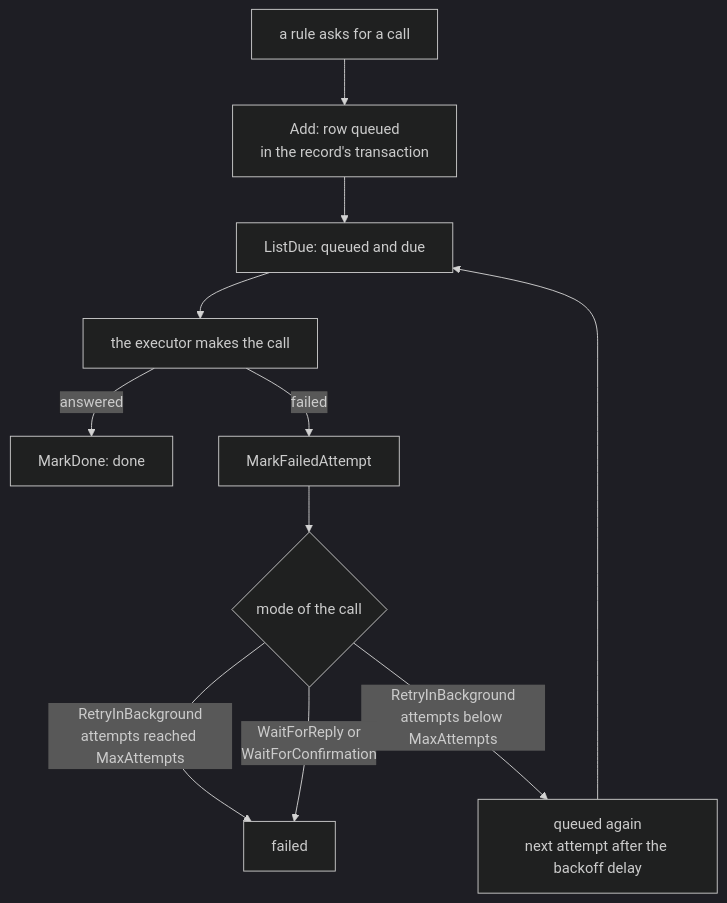
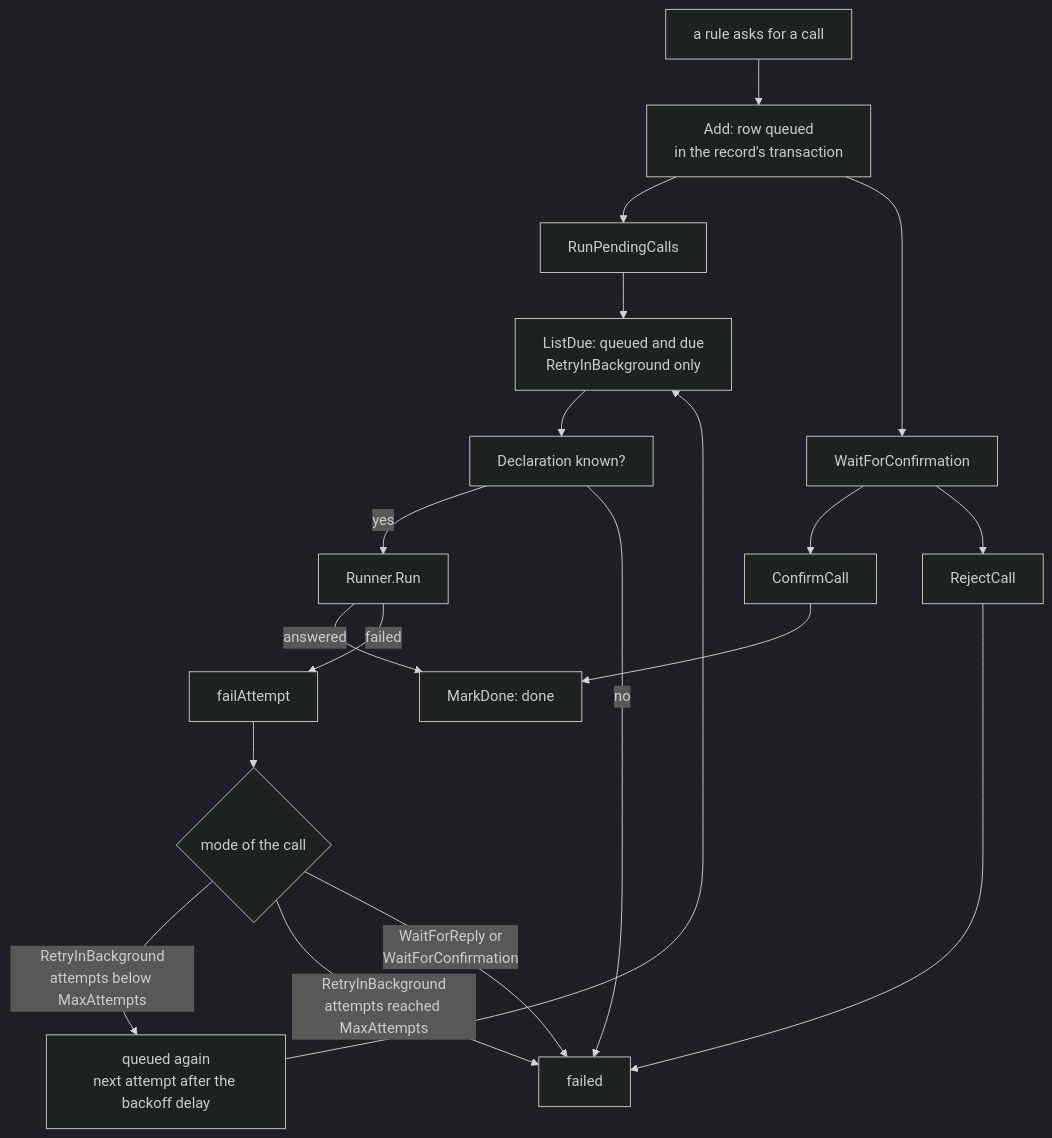
The diagram in docs/diagrams/CALL_LIFECYCLE.md (webtyp/externalcalls), drawn with Mermaid (dark theme) before and after one commit. The commit also changed other lines of this file and 13 other files, not shown here.

First line of the commit message:
feat!: externalcalls runs the calls that wait in the background

````diff
--- a/docs/diagrams/CALL_LIFECYCLE.md
+++ b/docs/diagrams/CALL_LIFECYCLE.md
@@ -5,13 +5,21 @@
 ```mermaid
 flowchart TD
     A[a rule asks for a call] --> B[Add: row queued<br/>in the record's transaction]
-    B --> C[ListDue: queued and due]
-    C --> D[the executor makes the call]
+    B --> RunPendingCalls
+    RunPendingCalls --> C[ListDue: queued and due<br/>RetryInBackground only]
+    C --> Declaration[Declaration known?]
+    Declaration -- yes --> D[Runner.Run]
+    Declaration -- no --> I[failed]
     D -- answered --> E[MarkDone: done]
-    D -- failed --> F[MarkFailedAttempt]
+    D -- failed --> F[failAttempt]
     F --> G{mode of the call}
     G -- RetryInBackground<br/>attempts below MaxAttempts --> H[queued again<br/>next attempt after the backoff delay]
-    G -- RetryInBackground<br/>attempts reached MaxAttempts --> I[failed]
+    G -- RetryInBackground<br/>attempts reached MaxAttempts --> I
     G -- WaitForReply or<br/>WaitForConfirmation --> I
     H --> C
+    B --> WaitForConfirmation
+    WaitForConfirmation --> Confirm[ConfirmCall]
+    Confirm --> E
+    WaitForConfirmation --> Reject[RejectCall]
+    Reject --> I
 ```
````
